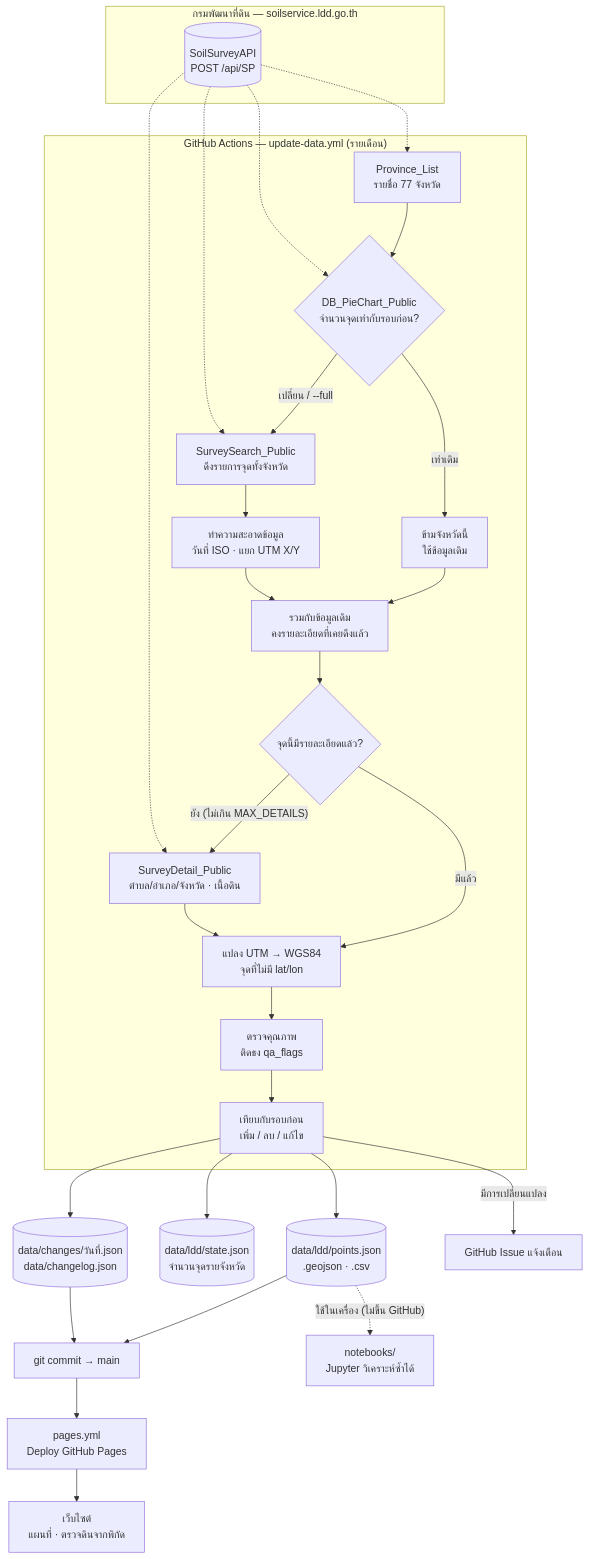
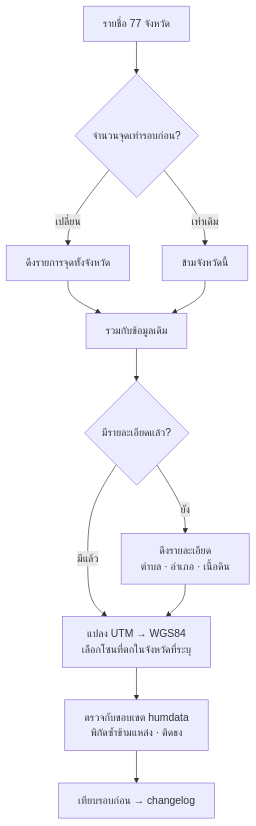
One commit to Navavit/sisoil changed the second of 5 diagrams in docs/architecture.md. Above: the diagram before and after it, drawn with Mermaid. The commit also changed other lines of this file and 4 other files, not shown here.

First line of the commit message:
ปรับเอกสาร GitHub ให้เป็นปัจจุบัน

````diff
--- a/docs/architecture.md
+++ b/docs/architecture.md
@@ -5,34 +45,14 @@
 ```mermaid
 flowchart TD
-    subgraph LDD["กรมพัฒนาที่ดิน — soilservice.ldd.go.th"]
-        API[("SoilSurveyAPI<br/>POST /api/SP")]
-    end
-
-    subgraph GHA["GitHub Actions — update-data.yml (รายเดือน)"]
-        A[Province_List<br/>รายชื่อ 77 จังหวัด] --> B{DB_PieChart_Public<br/>จำนวนจุดเท่ากับรอบก่อน?}
-        B -- "เท่าเดิม" --> S[ข้ามจังหวัดนี้<br/>ใช้ข้อมูลเดิม]
-        B -- "เปลี่ยน / --full" --> C[SurveySearch_Public<br/>ดึงรายการจุดทั้งจังหวัด]
-        C --> N[ทำความสะอาดข้อมูล<br/>วันที่ ISO · แยก UTM X/Y]
-        S --> M
-        N --> M[รวมกับข้อมูลเดิม<br/>คงรายละเอียดที่เคยดึงแล้ว]
-        M --> D{จุดนี้มีรายละเอียดแล้ว?}
-        D -- "ยัง (ไม่เกิน MAX_DETAILS)" --> E[SurveyDetail_Public<br/>ตำบล/อำเภอ/จังหวัด · เนื้อดิน]
-        D -- "มีแล้ว" --> U
-        E --> U[แปลง UTM → WGS84<br/>จุดที่ไม่มี lat/lon]
-        U --> Q[ตรวจคุณภาพ<br/>ติดธง qa_flags]
-        Q --> X[เทียบกับรอบก่อน<br/>เพิ่ม / ลบ / แก้ไข]
-    end
-
-    API -.-> A & B & C & E
-
-    X --> F1[(data/ldd/points.json<br/>.geojson · .csv)]
-    X --> F2[(data/ldd/state.json<br/>จำนวนจุดรายจังหวัด)]
-    X --> F3[(data/changes/วันที่.json<br/>data/changelog.json)]
-    X -- "มีการเปลี่ยนแปลง" --> I[GitHub Issue แจ้งเตือน]
-
-    F1 & F3 --> G[git commit → main]
-    G --> P[pages.yml<br/>Deploy GitHub Pages]
-    P --> W[เว็บไซต์<br/>แผนที่ · ตรวจดินจากพิกัด]
-
-    F1 -. "ใช้ในเครื่อง (ไม่ขึ้น GitHub)" .-> NB[notebooks/<br/>Jupyter วิเคราะห์ซ้ำได้]
+    A[รายชื่อ 77 จังหวัด] --> B{จำนวนจุดเท่ารอบก่อน?}
+    B -- "เท่าเดิม" --> S[ข้ามจังหวัดนี้]
+    B -- "เปลี่ยน" --> C[ดึงรายการจุดทั้งจังหวัด]
+    C --> M[รวมกับข้อมูลเดิม]
+    S --> M
+    M --> D{มีรายละเอียดแล้ว?}
+    D -- "ยัง" --> E[ดึงรายละเอียด<br/>ตำบล · อำเภอ · เนื้อดิน]
+    D -- "มีแล้ว" --> U
+    E --> U[แปลง UTM → WGS84<br/>เลือกโซนที่ตกในจังหวัดที่ระบุ]
+    U --> Q[ตรวจกับขอบเขต humdata<br/>พิกัดซ้ำข้ามแหล่ง · ติดธง]
+    Q --> X[เทียบรอบก่อน → changelog]
 ```
````
